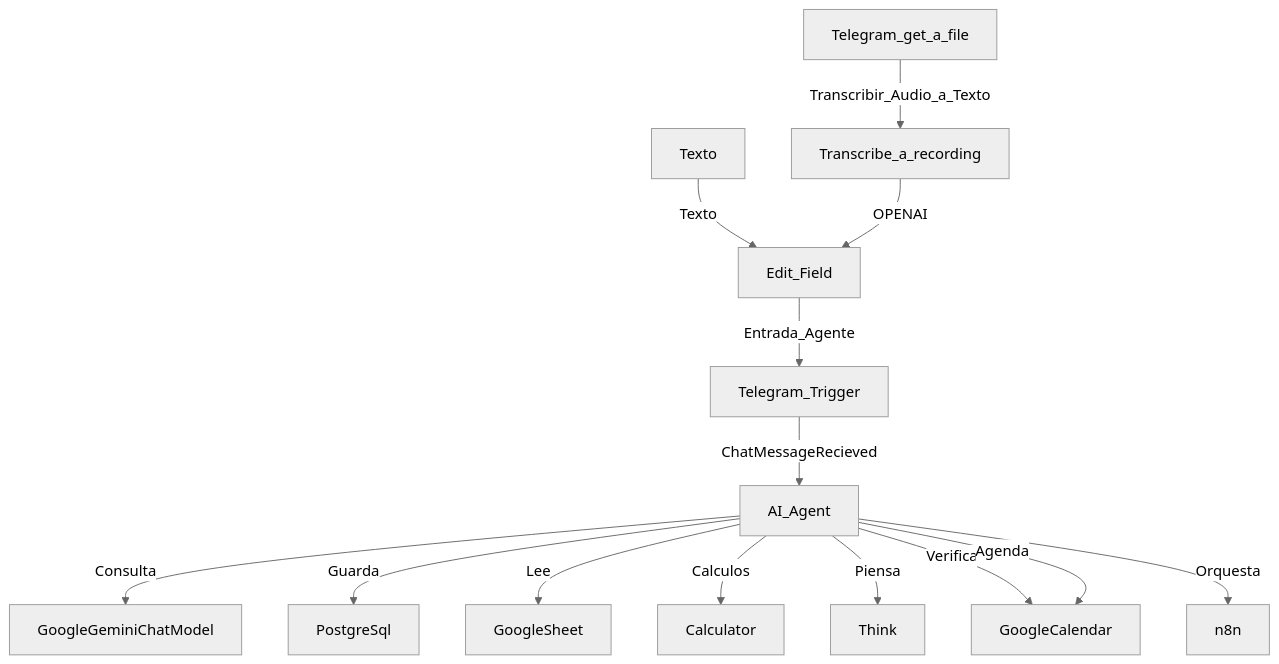
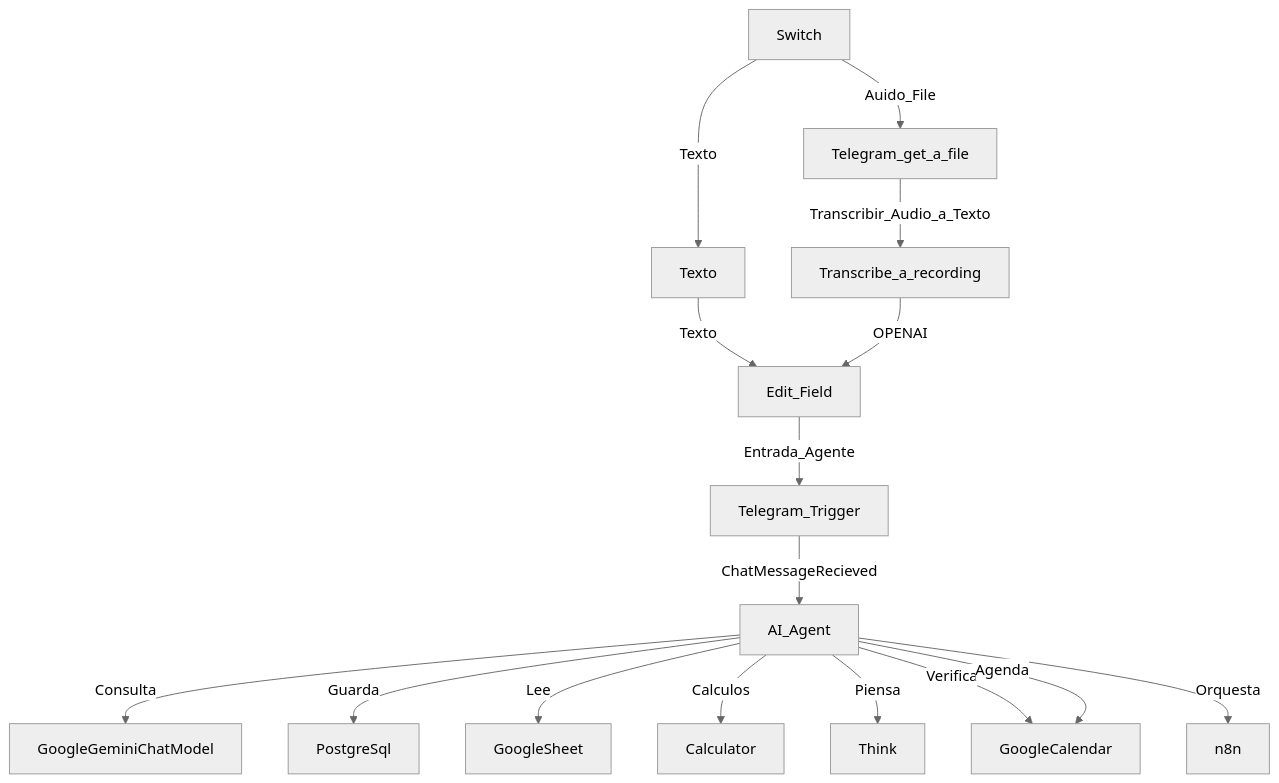
Before and after one commit to liusvani/ia-agent-n8n-telegram: the diagram in README.md, drawn with Mermaid (neutral theme).

Commit message:
README.md

````diff
--- a/README.md
+++ b/README.md
@@ -25,16 +25,18 @@
 ```mermaid
-graph TD   
+graph TD
+    Switch -->|Texto| Texto
+    Switch -->|Auido_File| Telegram_get_a_file
     Telegram_get_a_file -->|Transcribir_Audio_a_Texto| Transcribe_a_recording
     Texto -->|Texto| Edit_Field
     Transcribe_a_recording -->|OPENAI| Edit_Field
     Edit_Field -->|Entrada_Agente| Telegram_Trigger
     Telegram_Trigger -->|ChatMessageRecieved| AI_Agent
     AI_Agent -->|Consulta| GoogleGeminiChatModel
     AI_Agent -->|Guarda| PostgreSql
     AI_Agent -->|Lee| GoogleSheet
     AI_Agent -->|Calculos| Calculator
     AI_Agent -->|Piensa| Think
     AI_Agent -->|Verifica| GoogleCalendar
     AI_Agent -->|Agenda| GoogleCalendar    
     AI_Agent -->|Orquesta| n8n
 ```
````
